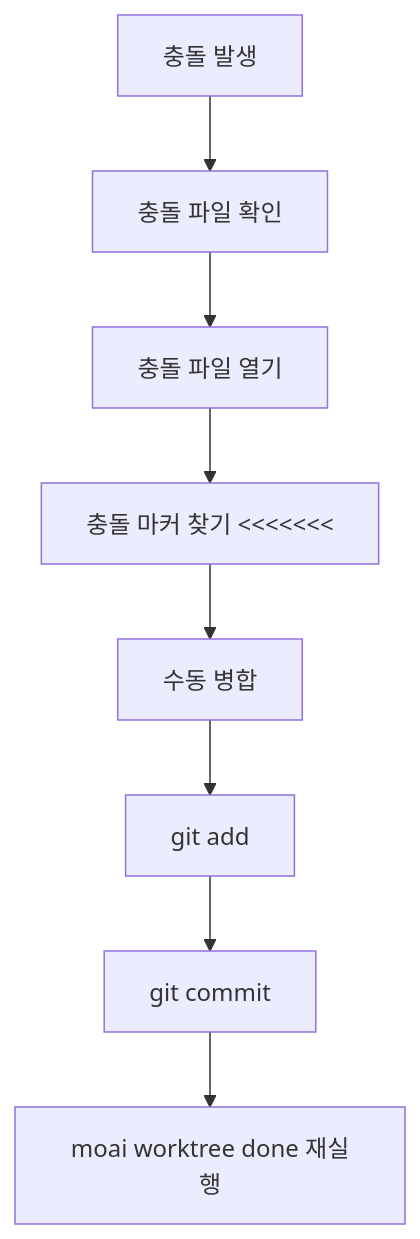
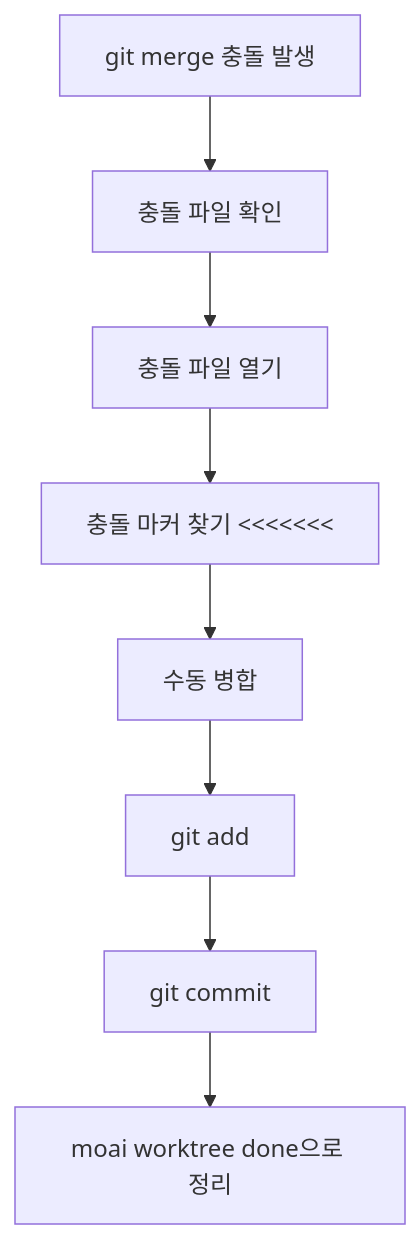
One commit to modu-ai/moai-adk changed the sixth of 9 diagrams in docs-site/content/ko/worktree/faq.md. Above: the diagram before and after it, drawn with Mermaid. The commit also changed other lines of this file and 180 other files, not shown here.

````diff
--- a/docs-site/content/ko/worktree/faq.md
+++ b/docs-site/content/ko/worktree/faq.md
@@ -250,10 +246,10 @@
 ```mermaid
 flowchart TD
-    A[충돌 발생] --> B[충돌 파일 확인]
+    A[git merge 충돌 발생] --> B[충돌 파일 확인]
     B --> C[충돌 파일 열기]
     C --> D[충돌 마커 찾기 &lt;&lt;&lt;&lt;&lt;&lt;&lt;]
     D --> E[수동 병합]
     E --> F[git add]
     F --> G[git commit]
-    G --> H[moai worktree done 재실행]
+    G --> H[moai worktree done으로 정리]
 ```
````
